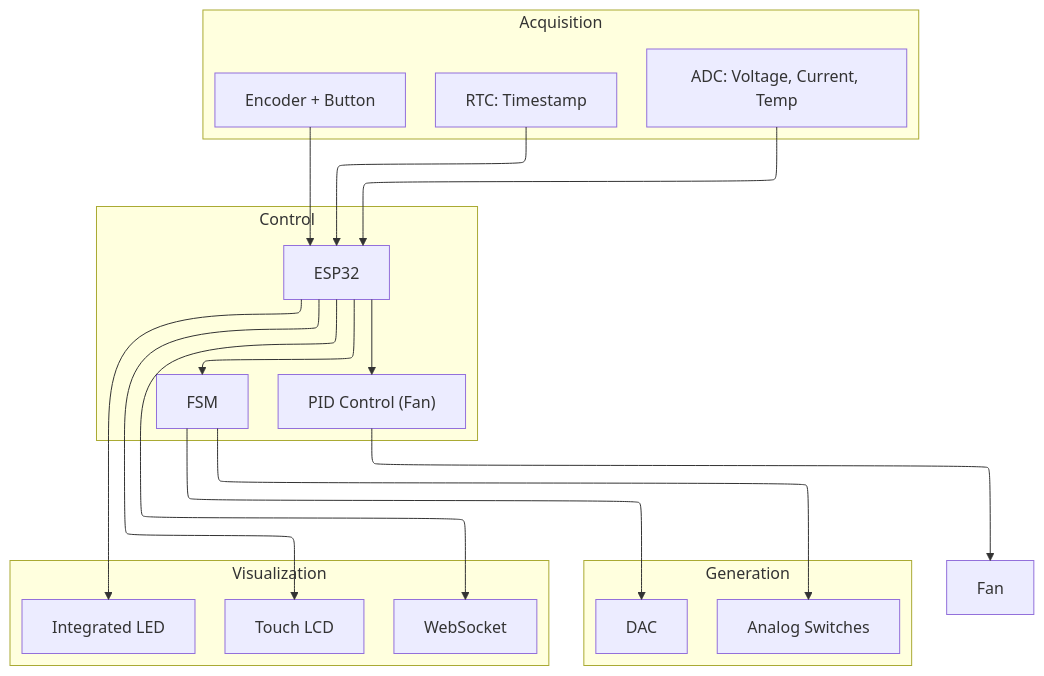
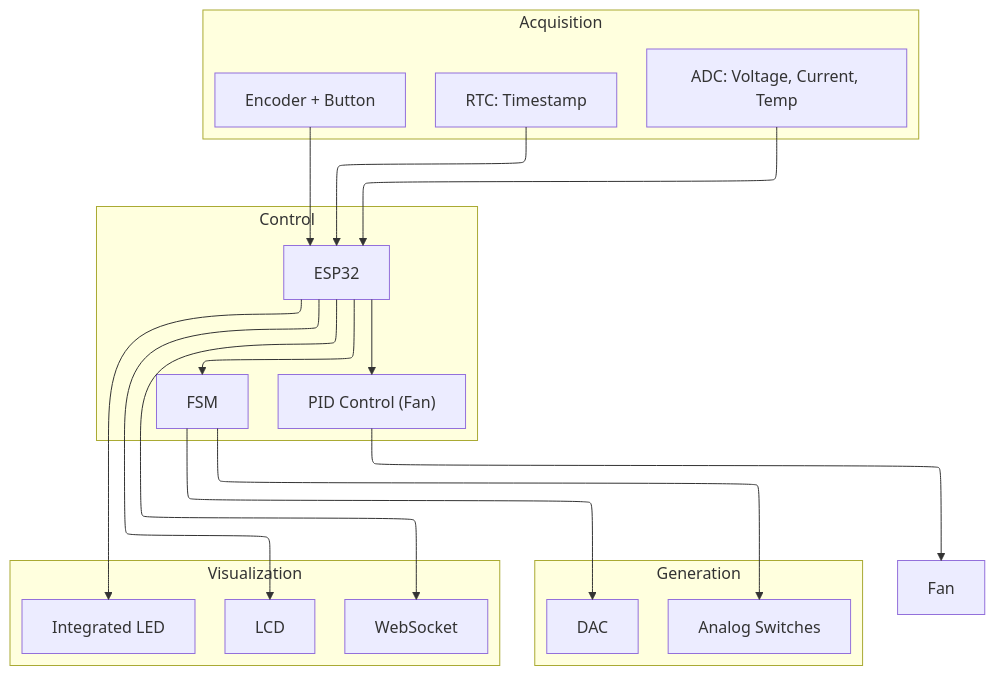
One commit to lucas-vidmar/electronic-load changed the second of 3 diagrams in docs/software.md. Above: the diagram before and after it, drawn with Mermaid. The commit also changed other lines of this file, not shown here.

```diff
--- a/docs/software.md
+++ b/docs/software.md
@@ -80,30 +80,30 @@
 <pre class="mermaid">
   %%{ init: { "flowchart": { "defaultRenderer": "elk" } } }%%
   
   flowchart TD
   subgraph s1["Acquisition"]
           ADC["ADC: Voltage, Current, Temp"]
           RTC["RTC: Timestamp"]
           Enc["Encoder + Button"]
     end
   subgraph Control["Control"]
           MCU["ESP32"]
           FSM["FSM"]
           PID["PID Control (Fan)"]
     end
   subgraph s2["Generation"]
           DAC["DAC"]
           SW["Analog Switches"]
     end
   subgraph s3["Visualization"]
-          LCD["Touch LCD"]
+          LCD["LCD"]
           WS["WebSocket"]
           LED["Integrated LED"]
     end
       ADC --> MCU
       RTC --> MCU
       Enc --> MCU
       MCU --> FSM & PID & LCD & WS & LED
       FSM --> DAC & SW
       PID --> FAN["Fan"]
 </pre>
```
